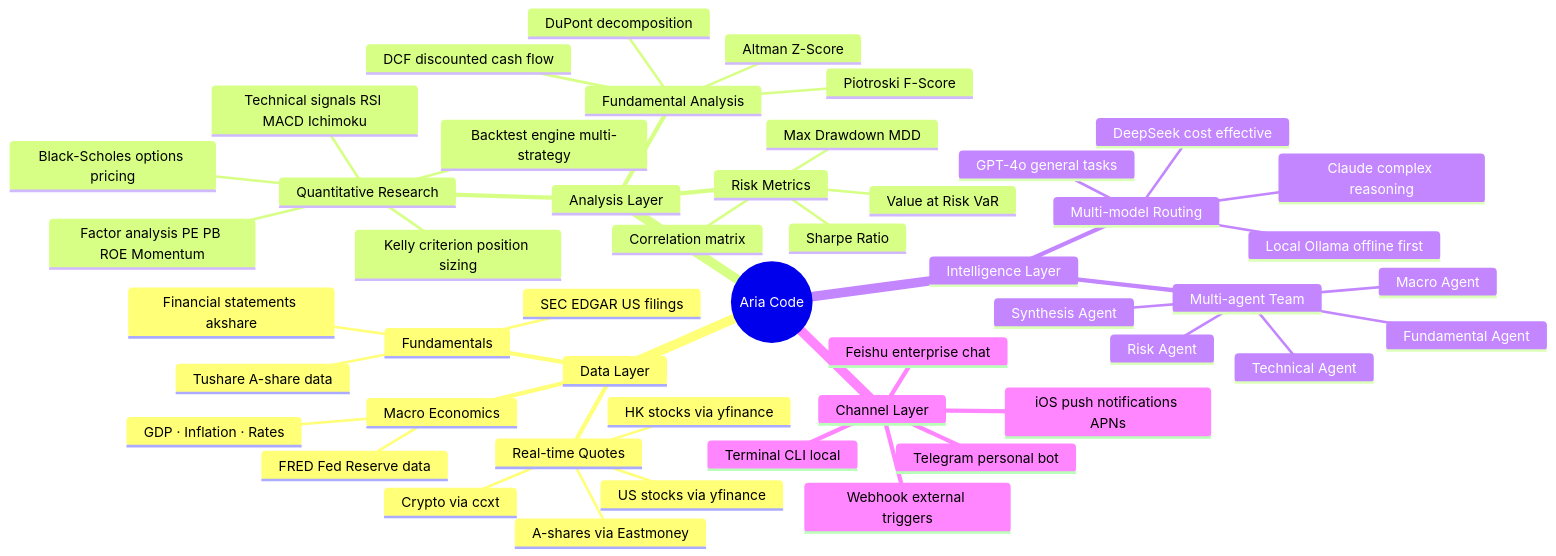
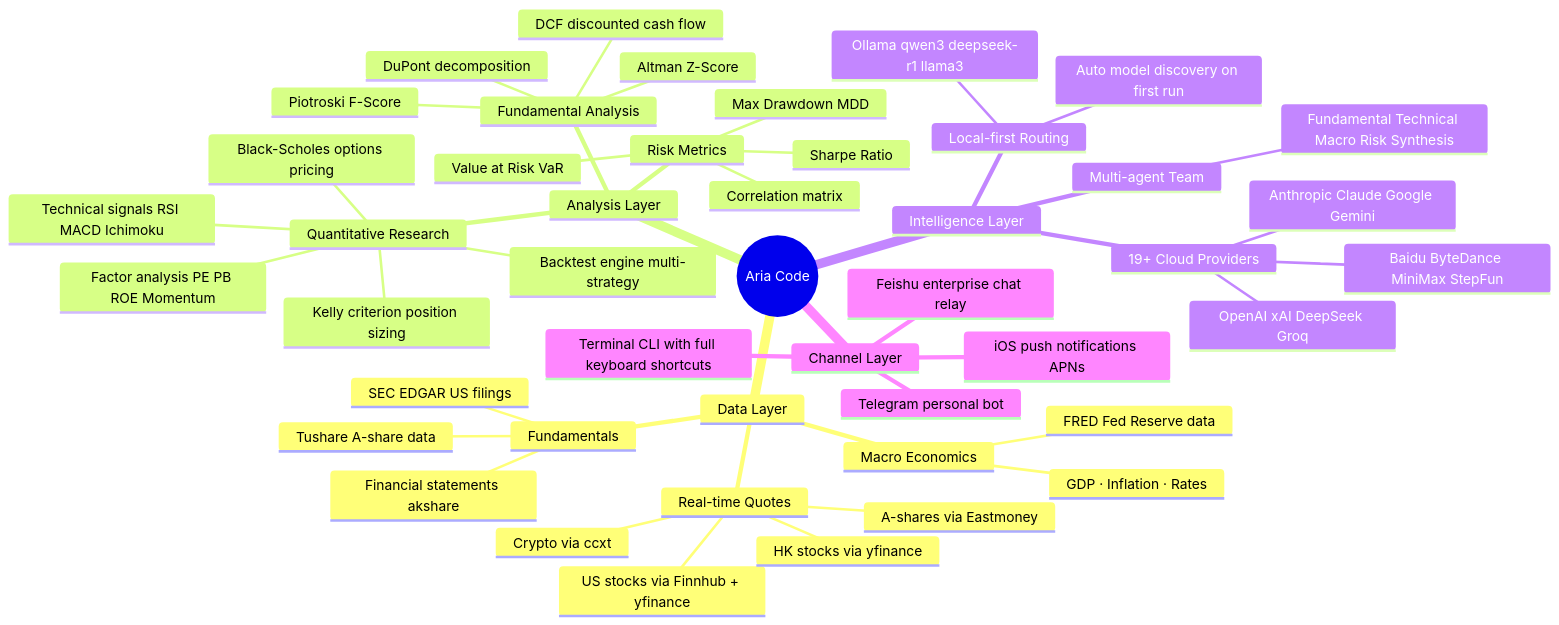
The diagram in README.md (artherahq/aria-code), drawn with Mermaid before and after one commit. The commit also changed other lines of this file and 22 other files, not shown here.

````diff
--- a/README.md
+++ b/README.md
@@ -70,52 +93,49 @@
 ```mermaid
 mindmap
   root((Aria Code))
     Data Layer
       Real-time Quotes
         A-shares via Eastmoney
-        US stocks via yfinance
+        US stocks via Finnhub + yfinance
         HK stocks via yfinance
         Crypto via ccxt
       Fundamentals
         Financial statements akshare
         SEC EDGAR US filings
         Tushare A-share data
       Macro Economics
         FRED Fed Reserve data
         GDP · Inflation · Rates
     Analysis Layer
       Quantitative Research
         Technical signals RSI MACD Ichimoku
         Factor analysis PE PB ROE Momentum
         Backtest engine multi-strategy
         Kelly criterion position sizing
         Black-Scholes options pricing
       Fundamental Analysis
         DCF discounted cash flow
         Piotroski F-Score
         Altman Z-Score
         DuPont decomposition
       Risk Metrics
         Max Drawdown MDD
         Sharpe Ratio
         Value at Risk VaR
         Correlation matrix
     Intelligence Layer
-      Multi-model Routing
-        Local Ollama offline first
-        Claude complex reasoning
-        DeepSeek cost effective
-        GPT-4o general tasks
+      Local-first Routing
+        Ollama qwen3 deepseek-r1 llama3
+        Auto model discovery on first run
+      19+ Cloud Providers
+        Anthropic Claude Google Gemini
+        OpenAI xAI DeepSeek Groq
+        Baidu ByteDance MiniMax StepFun
       Multi-agent Team
-        Fundamental Agent
-        Technical Agent
-        Macro Agent
-        Risk Agent
-        Synthesis Agent
+        Fundamental Technical Macro Risk Synthesis
     Channel Layer
-      Terminal CLI local
-      Feishu enterprise chat
+      Terminal CLI with full keyboard shortcuts
+      Feishu enterprise chat relay
       Telegram personal bot
       iOS push notifications APNs
-      Webhook external triggers
 ```
````
